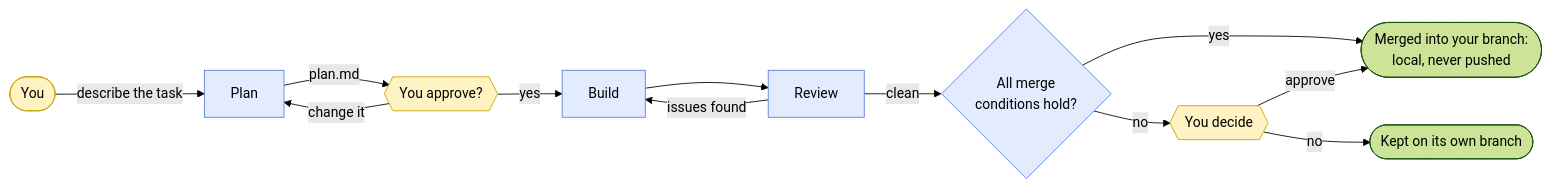
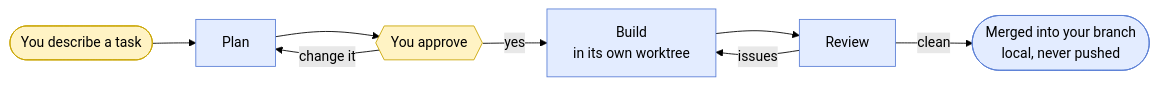
The first of 3 diagrams in README.md (ijat/orch), drawn with Mermaid (forest theme) before and after one commit. The commit also changed other lines of this file, not shown here.

Commit message:
README: rewritten from scratch for users: what it does, install, modes, the pane, how a task runs, where files live; internals and history removed

````diff
--- a/README.md
+++ b/README.md
@@ -25,19 +9,15 @@
 ```mermaid
 flowchart LR
-    U([You]) -->|describe the task| PL[Plan]
-    PL -->|plan.md| G1{{You approve?}}
-    G1 -->|change it| PL
-    G1 -->|yes| B[Build]
+    U([You describe a task]) --> P[Plan]
+    P --> G{{You approve}}
+    G -->|change it| P
+    G -->|yes| B[Build<br/>in its own worktree]
     B --> R[Review]
-    R -->|issues found| B
-    R -->|clean| G2{All merge<br/>conditions hold?}
-    G2 -->|yes| M([Merged into your branch:<br/>local, never pushed])
-    G2 -->|no| A{{You decide}}
-    A -->|approve| M
-    A -->|no| K([Kept on its own branch])
+    R -->|issues| B
+    R -->|clean| M([Merged into your branch<br/>local, never pushed])
 
     classDef you fill:#fff3c4,stroke:#c9a400,color:#000
     classDef agent fill:#e3ecff,stroke:#5b7fd6,color:#000
-    class U,G1,A you
-    class PL,B,R,G2 agent
+    class U,G you
+    class P,B,R,M agent
 ```
````
